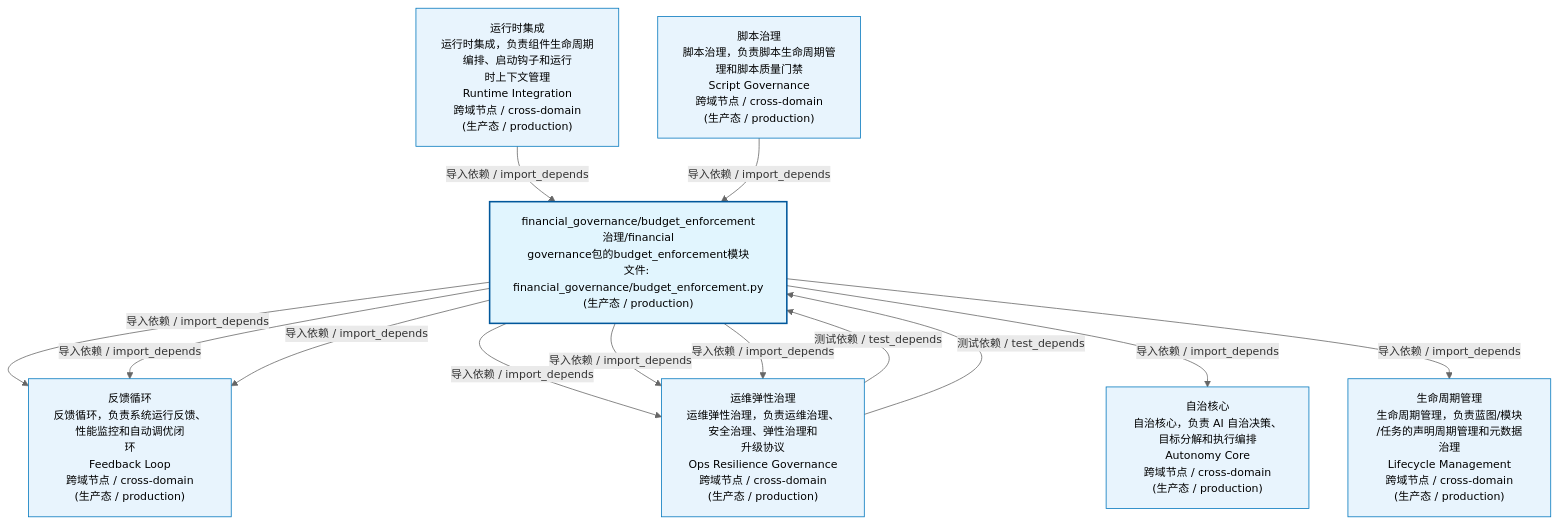
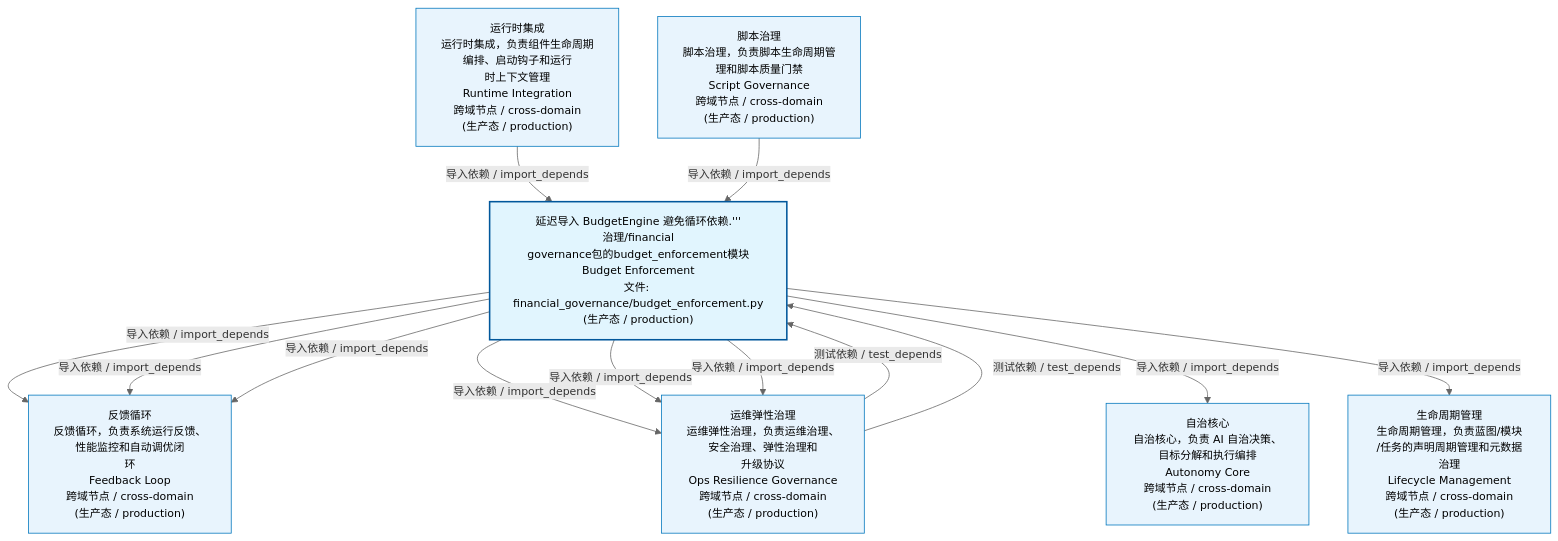
Before and after one commit to xuanFelixVan/ZephyrAlpha: the first of 3 diagrams in docs/02_enterprise_architecture/02_domain_architecture_docs/54_d_gov_repair.md, drawn with Mermaid. The commit also changed other lines of this file and 58 other files, not shown here.

````diff
--- a/docs/02_enterprise_architecture/02_domain_architecture_docs/54_d_gov_repair.md
+++ b/docs/02_enterprise_architecture/02_domain_architecture_docs/54_d_gov_repair.md
@@ -53,29 +53,29 @@
 ```mermaid
 %%{init: {'theme': 'base', 'themeVariables': {'primaryColor': '#eaeaea', 'primaryTextColor': '#333333', 'primaryBorderColor': '#666666', 'lineColor': '#666666', 'secondaryColor': '#eaeaea', 'tertiaryColor': '#eaeaea', 'fontSize': '14px'}}}%%
 flowchart TD
-    src_zephyr_governance_financial_governance_budget_enforcement_py["financial_governance/budget_enforcement<br/>治理/financial<br/>governance包的budget_enforcement模块<br/>文件: financial_governance/budget_enforcement.py<br/>(生产态 / production)"]
+    src_zephyr_governance_financial_governance_budget_enforcement_py["延迟导入 BudgetEngine 避免循环依赖.'''<br/>治理/financial<br/>governance包的budget_enforcement模块<br/>Budget Enforcement<br/>文件: financial_governance/budget_enforcement.py<br/>(生产态 / production)"]
     D_OPS["反馈循环<br/>反馈循环，负责系统运行反馈、性能监控和自动调优闭<br/>环<br/>Feedback Loop<br/>跨域节点 / cross-domain<br/>(生产态 / production)"]
     src_zephyr_governance_financial_governance_budget_enforcement_py -->|导入依赖 / import_depends| D_OPS
     D_GOV_OPS_RESILIENCE["运维弹性治理<br/>运维弹性治理，负责运维治理、安全治理、弹性治理和<br/>升级协议<br/>Ops Resilience Governance<br/>跨域节点 / cross-domain<br/>(生产态 / production)"]
     src_zephyr_governance_financial_governance_budget_enforcement_py -->|导入依赖 / import_depends| D_GOV_OPS_RESILIENCE
     src_zephyr_governance_financial_governance_budget_enforcement_py -->|导入依赖 / import_depends| D_GOV_OPS_RESILIENCE
     src_zephyr_governance_financial_governance_budget_enforcement_py -->|导入依赖 / import_depends| D_OPS
+    src_zephyr_governance_financial_governance_budget_enforcement_py -->|导入依赖 / import_depends| D_GOV_OPS_RESILIENCE
     src_zephyr_governance_financial_governance_budget_enforcement_py -->|导入依赖 / import_depends| D_OPS
-    src_zephyr_governance_financial_governance_budget_enforcement_py -->|导入依赖 / import_depends| D_GOV_OPS_RESILIENCE
     D_AUTONOMY_CORE["自治核心<br/>自治核心，负责 AI 自治决策、目标分解和执行编排<br/>Autonomy Core<br/>跨域节点 / cross-domain<br/>(生产态 / production)"]
     src_zephyr_governance_financial_governance_budget_enforcement_py -->|导入依赖 / import_depends| D_AUTONOMY_CORE
     D_GOVERNANCE["生命周期管理<br/>生命周期管理，负责蓝图/模块<br/>/任务的声明周期管理和元数据治理<br/>Lifecycle Management<br/>跨域节点 / cross-domain<br/>(生产态 / production)"]
     src_zephyr_governance_financial_governance_budget_enforcement_py -->|导入依赖 / import_depends| D_GOVERNANCE
     D_GOV_OPS_RESILIENCE -->|测试依赖 / test_depends| src_zephyr_governance_financial_governance_budget_enforcement_py
     D_INFRA_RUNTIME["运行时集成<br/>运行时集成，负责组件生命周期编排、启动钩子和运行<br/>时上下文管理<br/>Runtime Integration<br/>跨域节点 / cross-domain<br/>(生产态 / production)"]
     D_INFRA_RUNTIME -->|导入依赖 / import_depends| src_zephyr_governance_financial_governance_budget_enforcement_py
     D_GOV_OPS_RESILIENCE -->|测试依赖 / test_depends| src_zephyr_governance_financial_governance_budget_enforcement_py
     D_GOV_SCRIPTS["脚本治理<br/>脚本治理，负责脚本生命周期管理和脚本质量门禁<br/>Script Governance<br/>跨域节点 / cross-domain<br/>(生产态 / production)"]
     D_GOV_SCRIPTS -->|导入依赖 / import_depends| src_zephyr_governance_financial_governance_budget_enforcement_py
     classDef production fill:#e1f5fe,stroke:#01579b,stroke-width:2px,color:#000
     classDef design fill:#fff3e0,stroke:#e65100,stroke-width:2px,color:#000,stroke-dasharray: 5 5
     classDef external_prod fill:#e8f4fd,stroke:#0277bd,stroke-width:1px,color:#000
     classDef external_design fill:#fff8e7,stroke:#ef6c00,stroke-width:1px,color:#000,stroke-dasharray: 5 5
     class src_zephyr_governance_financial_governance_budget_enforcement_py production
     class D_OPS,D_GOV_OPS_RESILIENCE,D_AUTONOMY_CORE,D_GOVERNANCE,D_INFRA_RUNTIME,D_GOV_SCRIPTS external_prod
 ```
````
